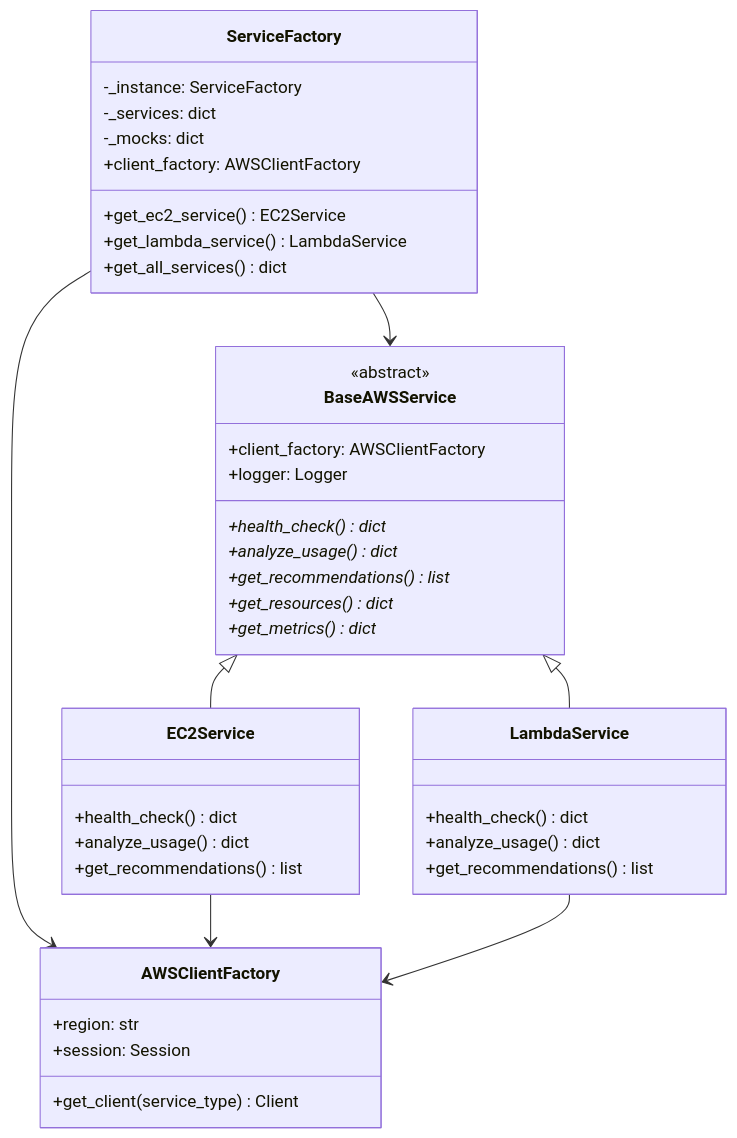
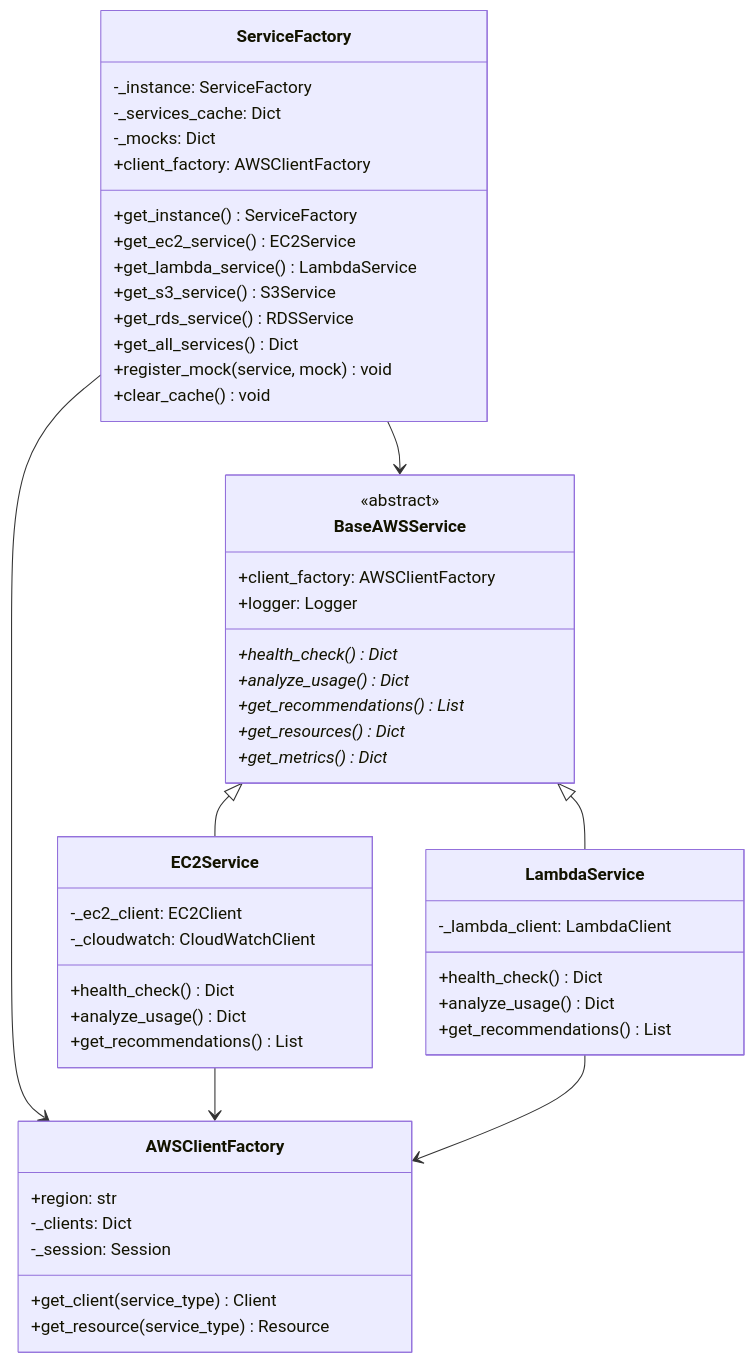
The fourth of 9 diagrams in docs/TECHNICAL_GUIDE.md (FELIPEACASTRO/finops-aws-bdr), drawn with Mermaid before and after one commit. The commit also changed other lines of this file and 6 other files, not shown here.

````diff
--- a/docs/TECHNICAL_GUIDE.md
+++ b/docs/TECHNICAL_GUIDE.md
@@ -129,48 +574,58 @@
 ```mermaid
 classDiagram
+    class ServiceFactory {
+        -_instance: ServiceFactory
+        -_services_cache: Dict
+        -_mocks: Dict
+        +client_factory: AWSClientFactory
+        +get_instance() ServiceFactory
+        +get_ec2_service() EC2Service
+        +get_lambda_service() LambdaService
+        +get_s3_service() S3Service
+        +get_rds_service() RDSService
+        +get_all_services() Dict
+        +register_mock(service, mock) void
+        +clear_cache() void
+    }
+    
+    class AWSClientFactory {
+        +region: str
+        -_clients: Dict
+        -_session: Session
+        +get_client(service_type) Client
+        +get_resource(service_type) Resource
+    }
+    
     class BaseAWSService {
         <<abstract>>
         +client_factory: AWSClientFactory
         +logger: Logger
-        +health_check()* dict
-        +analyze_usage()* dict
-        +get_recommendations()* list
-        +get_resources()* dict
-        +get_metrics()* dict
-    }
-    
-    class ServiceFactory {
-        -_instance: ServiceFactory
-        -_services: dict
-        -_mocks: dict
-        +client_factory: AWSClientFactory
-        +get_ec2_service() EC2Service
-        +get_lambda_service() LambdaService
-        +get_all_services() dict
-    }
-    
-    class AWSClientFactory {
-        +region: str
-        +session: Session
-        +get_client(service_type) Client
+        +health_check()* Dict
+        +analyze_usage()* Dict
+        +get_recommendations()* List
+        +get_resources()* Dict
+        +get_metrics()* Dict
     }
     
     class EC2Service {
-        +health_check() dict
-        +analyze_usage() dict
-        +get_recommendations() list
+        -_ec2_client: EC2Client
+        -_cloudwatch: CloudWatchClient
+        +health_check() Dict
+        +analyze_usage() Dict
+        +get_recommendations() List
     }
     
     class LambdaService {
-        +health_check() dict
-        +analyze_usage() dict
-        +get_recommendations() list
+        -_lambda_client: LambdaClient
+        +health_check() Dict
+        +analyze_usage() Dict
+        +get_recommendations() List
     }
     
+    ServiceFactory --> AWSClientFactory
+    ServiceFactory --> BaseAWSService
     BaseAWSService <|-- EC2Service
     BaseAWSService <|-- LambdaService
-    ServiceFactory --> AWSClientFactory
-    ServiceFactory --> BaseAWSService
     EC2Service --> AWSClientFactory
     LambdaService --> AWSClientFactory
 ```
````
